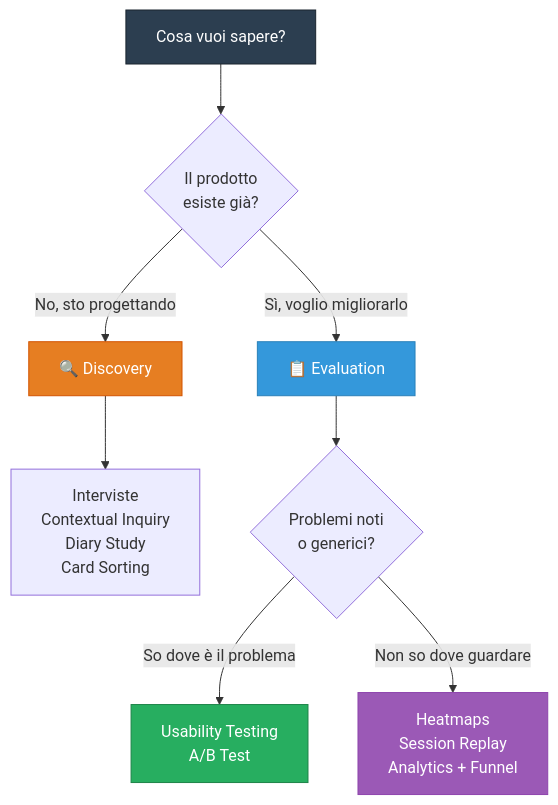
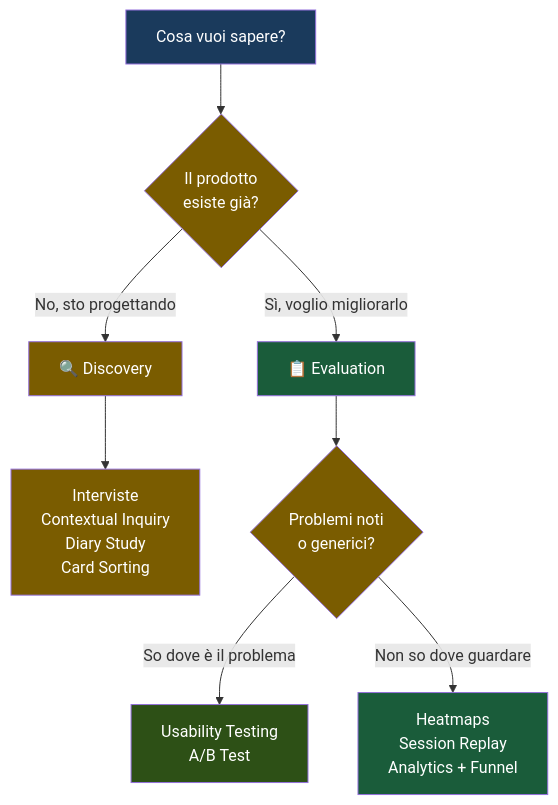
Before and after one commit to AndreyBertasini/gynnitech: the third of 4 diagrams in src/content/corso/analisi-prodotto/ux-research.mdx, drawn with Mermaid. The commit also changed other lines of this file and 21 other files, not shown here.

First line of the commit message:
style: applica color scheme semantico a tutti i diagrammi Mermaid del corso

````diff
--- a/src/content/corso/analisi-prodotto/ux-research.mdx
+++ b/src/content/corso/analisi-prodotto/ux-research.mdx
@@ -154,15 +162,18 @@
 ```mermaid
 graph TD
     Q["Cosa vuoi sapere?"] --> Q1{"Il prodotto\nesiste già?"}
     Q1 -->|"No, sto progettando"| DISC["🔍 Discovery"]
     Q1 -->|"Sì, voglio migliorarlo"| EVAL["📋 Evaluation"]
     DISC --> D1["Interviste\nContextual Inquiry\nDiary Study\nCard Sorting"]
     EVAL --> Q2{"Problemi noti\no generici?"}
     Q2 -->|"So dove è il problema"| SPEC["Usability Testing\nA/B Test"]
     Q2 -->|"Non so dove guardare"| GEN["Heatmaps\nSession Replay\nAnalytics + Funnel"]
-    style Q fill:#2c3e50,stroke:#1a252f,color:#fff
-    style DISC fill:#e67e22,stroke:#d35400,color:#fff
-    style EVAL fill:#3498db,stroke:#2980b9,color:#fff
-    style SPEC fill:#27ae60,stroke:#1e8449,color:#fff
-    style GEN fill:#9b59b6,stroke:#8e44ad,color:#fff
+    style Q fill:#1a3a5c,color:#ffffff
+    style Q1 fill:#7a5c00,color:#ffffff
+    style DISC fill:#7a5c00,color:#ffffff
+    style EVAL fill:#1a5c3a,color:#ffffff
+    style D1 fill:#7a5c00,color:#ffffff
+    style Q2 fill:#7a5c00,color:#ffffff
+    style SPEC fill:#2d5016,color:#ffffff
+    style GEN fill:#1a5c3a,color:#ffffff
 ```
````
